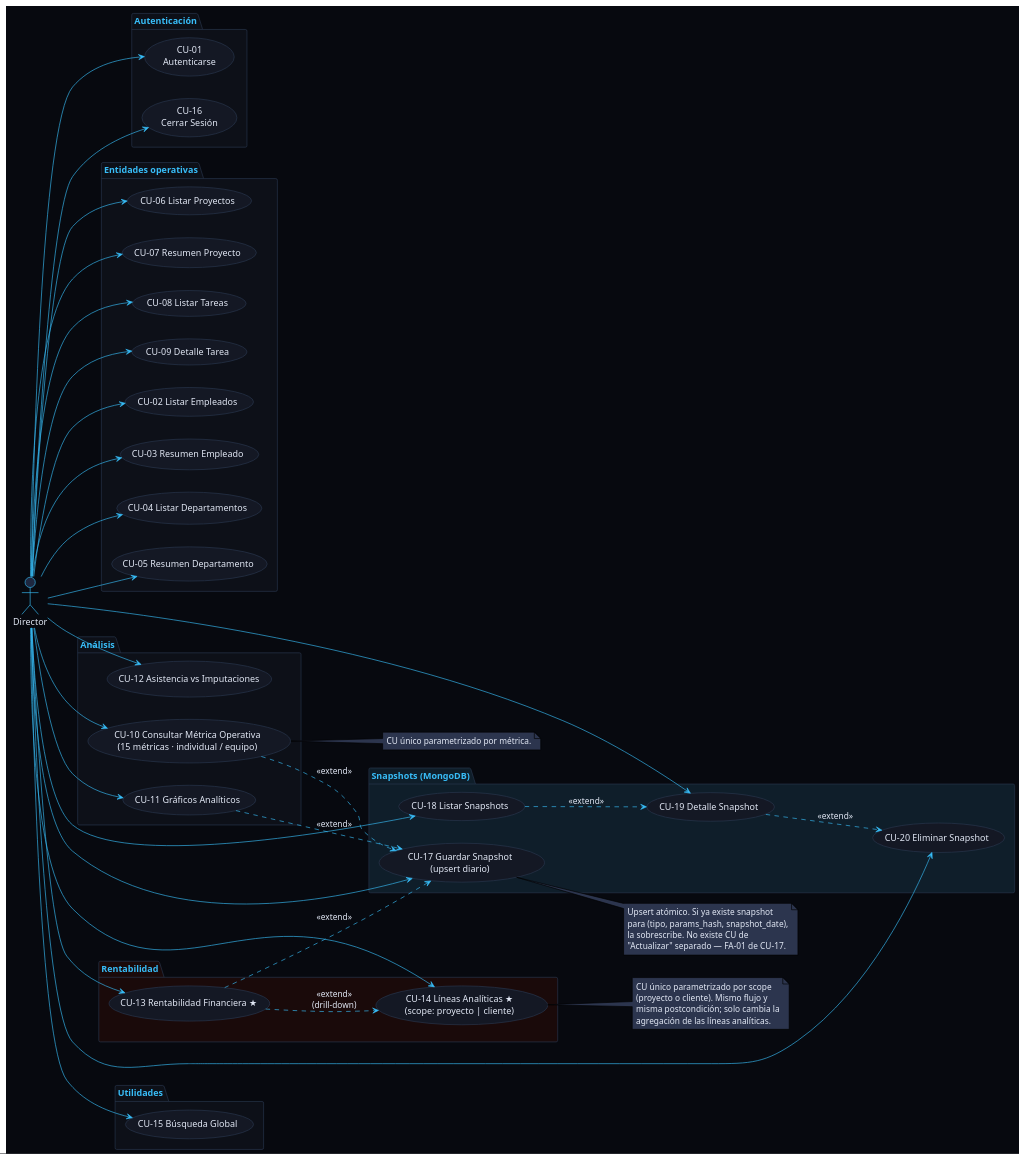
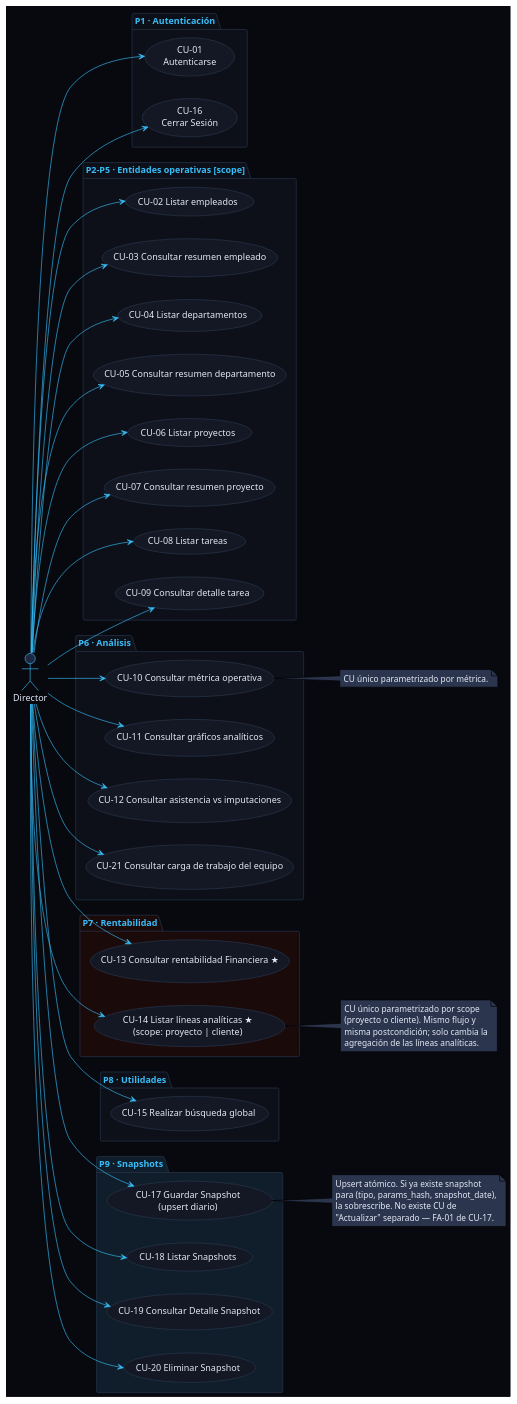
Before and after one commit to ceesargaarcia/GII-TFG-2026: the diagram in Estudiantes/cesar-garcia-eguiguren/Capítulo-2/diagramas/actorDirector.puml, drawn with PlantUML. The commit also changed 6 other files, not shown here.

```diff
--- a/Estudiantes/cesar-garcia-eguiguren/Capítulo-2/diagramas/actorDirector.puml
+++ b/Estudiantes/cesar-garcia-eguiguren/Capítulo-2/diagramas/actorDirector.puml
@@ -1,112 +1,108 @@
 @startuml ActorDirector
 !theme plain
 left to right direction
 
 skinparam backgroundColor #07090F
 skinparam defaultFontColor #E2E8F5
 skinparam ArrowColor #38BDF8
 skinparam NoteBackgroundColor #2c354e
 skinparam usecase {
   BackgroundColor #141824
   BorderColor #2A3850
   FontColor #E2E8F5
 }
 skinparam actor {
   BackgroundColor #1E2840
   BorderColor #38BDF8
   FontColor #E2E8F5
 }
 skinparam package {
   BackgroundColor #0D1018
   BorderColor #2A3850
   FontColor #38BDF8
   FontStyle bold
 }
 
 actor "Director" as D
 
-package "Autenticación" {
+package "P1 · Autenticación" {
   usecase "CU-01\nAutenticarse" as CU01
   usecase "CU-16\nCerrar Sesión" as CU16
 }
 
-package "Entidades operativas" {
-  usecase "CU-02 Listar Empleados" as CU02
-  usecase "CU-03 Resumen Empleado" as CU03
-  usecase "CU-04 Listar Departamentos" as CU04
-  usecase "CU-05 Resumen Departamento" as CU05
-  usecase "CU-06 Listar Proyectos" as CU06
-  usecase "CU-07 Resumen Proyecto" as CU07
-  usecase "CU-08 Listar Tareas" as CU08
-  usecase "CU-09 Detalle Tarea" as CU09
+package "P2–P5 · Entidades operativas [scope]" {
+  usecase "CU-02 Listar empleados" as CU02
+  usecase "CU-03 Consultar resumen empleado" as CU03
+  usecase "CU-04 Listar departamentos" as CU04
+  usecase "CU-05 Consultar resumen departamento" as CU05
+  usecase "CU-06 Listar proyectos" as CU06
+  usecase "CU-07 Consultar resumen proyecto" as CU07
+  usecase "CU-08 Listar tareas" as CU08
+  usecase "CU-09 Consultar detalle tarea" as CU09
 }
 
-package "Análisis" {
-  usecase "CU-10 Consultar Métrica Operativa\n(15 métricas · individual / equipo)" as CU10
-  usecase "CU-11 Gráficos Analíticos" as CU11
-  usecase "CU-12 Asistencia vs Imputaciones" as CU12
+package "P6 · Análisis" {
+  usecase "CU-10 Consultar métrica operativa" as CU10
+  usecase "CU-11 Consultar gráficos analíticos" as CU11
+  usecase "CU-12 Consultar asistencia vs imputaciones" as CU12
+  usecase "CU-21 Consultar carga de trabajo del equipo" as CU21
 }
 
-package "Rentabilidad" #1A0A0A {
-  usecase "CU-13 Rentabilidad Financiera ★" as CU13
-  usecase "CU-14 Líneas Analíticas ★\n(scope: proyecto | cliente)" as CU14
+package "P7 · Rentabilidad" #1A0A0A {
+  usecase "CU-13 Consultar rentabilidad Financiera ★" as CU13
+  usecase "CU-14 Listar líneas analíticas ★\n(scope: proyecto | cliente)" as CU14
 }
 
-package "Utilidades" {
-  usecase "CU-15 Búsqueda Global" as CU15
+package "P8 · Utilidades" {
+  usecase "CU-15 Realizar búsqueda global" as CU15
 }
 
-package "Snapshots (MongoDB)" #0F1E2A {
+package "P9 · Snapshots" #0F1E2A {
   usecase "CU-17 Guardar Snapshot\n(upsert diario)" as CU17
   usecase "CU-18 Listar Snapshots" as CU18
-  usecase "CU-19 Detalle Snapshot" as CU19
+  usecase "CU-19 Consultar Detalle Snapshot" as CU19
   usecase "CU-20 Eliminar Snapshot" as CU20
 }
 
 D --> CU01
 D --> CU02
 D --> CU03
 D --> CU04
 D --> CU05
 D --> CU06
 D --> CU07
 D --> CU08
 D --> CU09
 D --> CU10
 D --> CU11
 D --> CU12
 D --> CU13
 D --> CU14
 D --> CU15
 D --> CU16
 D --> CU17
 D --> CU18
 D --> CU19
 D --> CU20
+D --> CU21
 
-CU13 ..> CU14 : <<extend>>\n(drill-down)
-CU10 ..> CU17 : <<extend>>
-CU11 ..> CU17 : <<extend>>
-CU13 ..> CU17 : <<extend>>
-CU18 ..> CU19 : <<extend>>
-CU19 ..> CU20 : <<extend>>
 
 note right of CU10
   CU único parametrizado por métrica.
 end note
 
 note right of CU14
   CU único parametrizado por scope
   (proyecto o cliente). Mismo flujo y
   misma postcondición; solo cambia la
   agregación de las líneas analíticas.
 end note
 
 note right of CU17
   Upsert atómico. Si ya existe snapshot
   para (tipo, params_hash, snapshot_date),
   la sobrescribe. No existe CU de
   "Actualizar" separado — FA-01 de CU-17.
 end note
 
 @enduml
```
